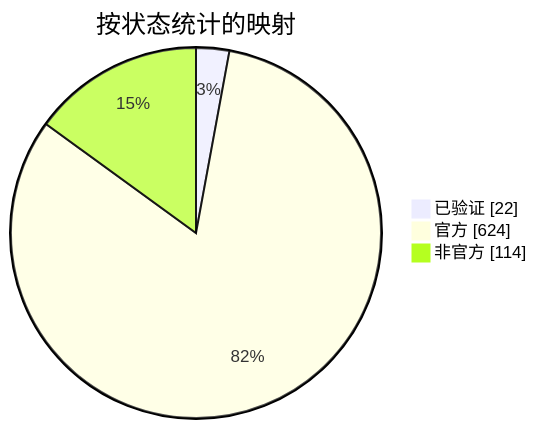
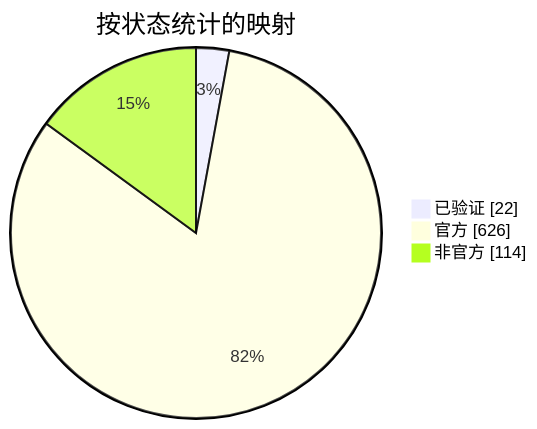
Before and after one commit to nobrega8/mbmap-library: the diagram in docs/readme/README_ZHS.md, drawn with Mermaid. The commit also changed 7 other files, not shown here.

````diff
--- a/docs/readme/README_ZHS.md
+++ b/docs/readme/README_ZHS.md
@@ -54,7 +54,7 @@
 ```mermaid
 pie showData
     title 按状态统计的映射
     "已验证" : 22
-    "官方" : 624
+    "官方" : 626
     "非官方" : 114
 ```
````
